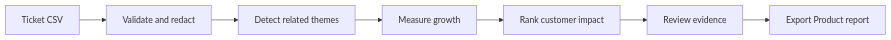
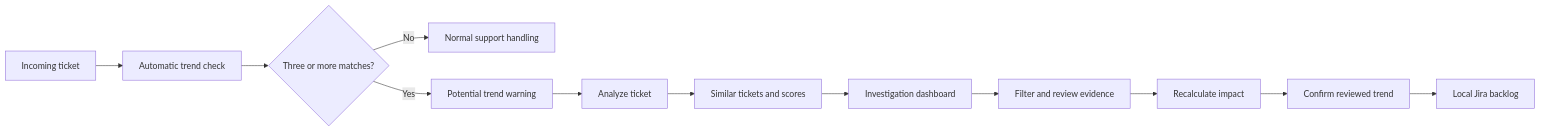
The diagram in docs/product-workflow.md (Yufereva/ai-support-trends-detection), drawn with Mermaid before and after one commit. The commit also changed other lines of this file and 60 other files, not shown here.

First line of the commit message:
Replace offline MVP pipeline with live Trend Detection (Zendesk to dashboard to Jira).

````diff
--- a/docs/product-workflow.md
+++ b/docs/product-workflow.md
@@ -9,9 +9,14 @@
 ```mermaid
 flowchart LR
-    A[Ticket CSV] --> B[Validate and redact]
-    B --> C[Detect related themes]
-    C --> D[Measure growth]
-    D --> E[Rank customer impact]
-    E --> F[Review evidence]
-    F --> G[Export Product report]
+    A[Incoming ticket] --> B[Automatic trend check]
+    B --> C{Three or more matches?}
+    C -->|No| D[Normal support handling]
+    C -->|Yes| E[Potential trend warning]
+    E --> F[Analyze ticket]
+    F --> G[Similar tickets and scores]
+    G --> H[Investigation dashboard]
+    H --> I[Filter and review evidence]
+    I --> J[Recalculate impact]
+    J --> K[Confirm reviewed trend]
+    K --> L[Local Jira backlog]
 ```
````
